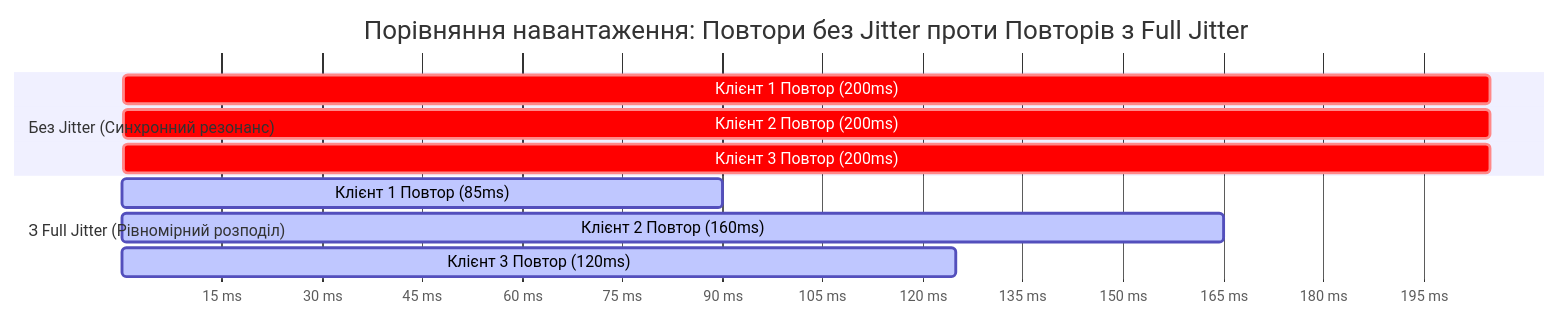
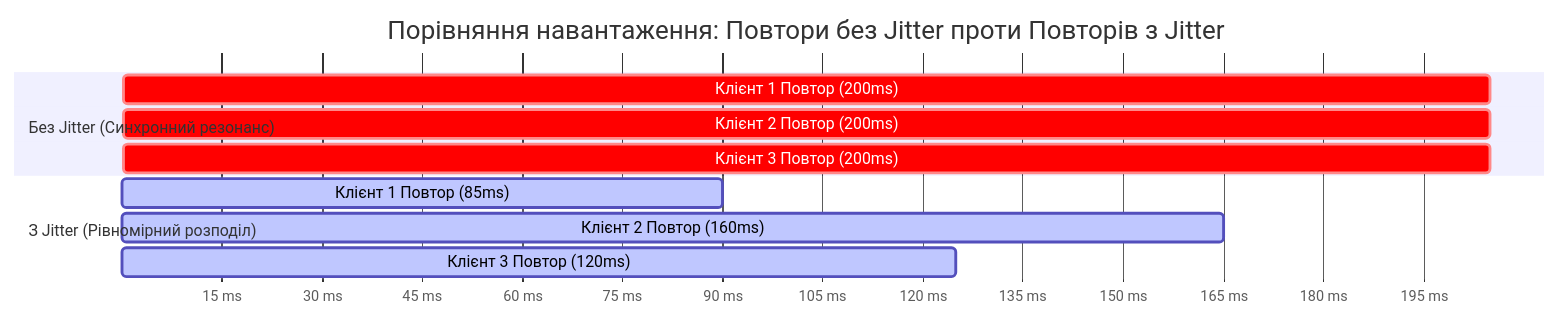
One commit to MrTomkaYurii/Demo-CargoDeliveryService changed the third of 5 diagrams in 02-Microservices-Craftsman/02-01-Aspire-Documentation/06_ServiceDiscovery_Resilience_Polly_HttpClient.md. Above: the diagram before and after it, drawn with Mermaid. The commit also changed other lines of this file and 227 other files, not shown here.

````diff
--- a/02-Microservices-Craftsman/02-01-Aspire-Documentation/06_ServiceDiscovery_Resilience_Polly_HttpClient.md
+++ b/02-Microservices-Craftsman/02-01-Aspire-Documentation/06_ServiceDiscovery_Resilience_Polly_HttpClient.md
@@ -136,16 +144,16 @@
 ```mermaid
 gantt
-    title Порівняння навантаження: Повтори без Jitter проти Повторів з Full Jitter
+    title Порівняння навантаження: Повтори без Jitter проти Повторів з Jitter
     dateFormat X
     axisFormat %s ms
 
     section Без Jitter (Синхронний резонанс)
     Клієнт 1 Повтор (200ms)    :crit, 200, 205
     Клієнт 2 Повтор (200ms)    :crit, 200, 205
     Клієнт 3 Повтор (200ms)    :crit, 200, 205
 
-    section З Full Jitter (Рівномірний розподіл)
+    section З Jitter (Рівномірний розподіл)
     Клієнт 1 Повтор (85ms)     :active, 85, 90
     Клієнт 2 Повтор (160ms)    :active, 160, 165
     Клієнт 3 Повтор (120ms)    :active, 120, 125
 ```
````
